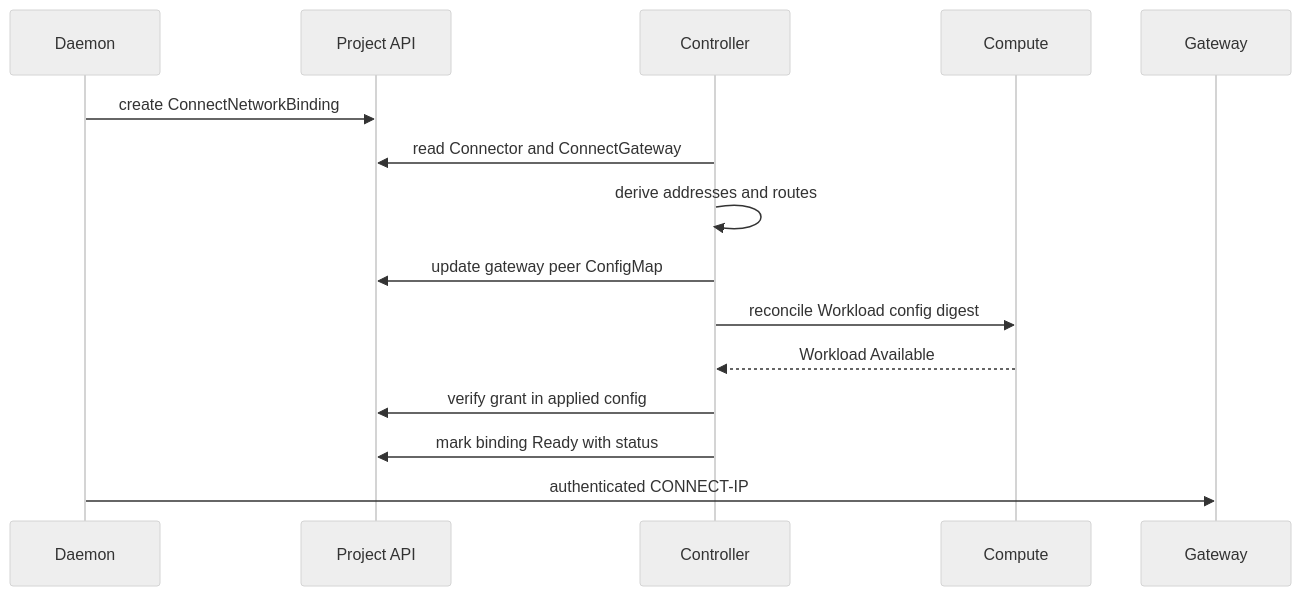
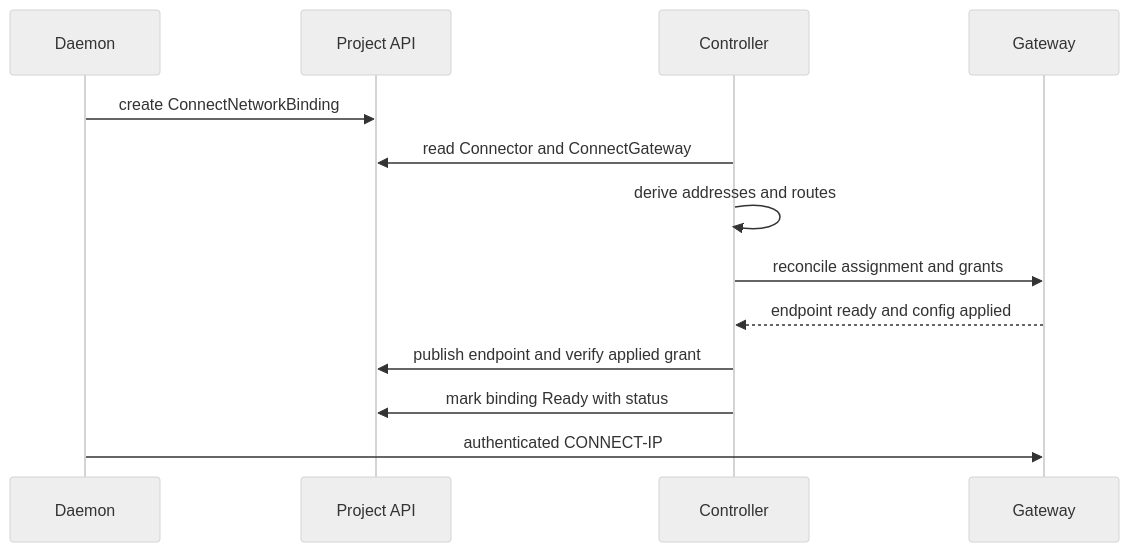
Before and after one commit to datum-cloud/connect: the second of 2 diagrams in docs/components/controller-architecture.md, drawn with Mermaid (neutral theme). The commit also changed other lines of this file and 14 other files, not shown here.

````diff
--- a/docs/components/controller-architecture.md
+++ b/docs/components/controller-architecture.md
@@ -88,18 +89,16 @@
 ```mermaid
 sequenceDiagram
     participant Daemon
     participant API as Project API
     participant Controller
-    participant Compute
     participant Gateway
 
     Daemon->>API: create ConnectNetworkBinding
     Controller->>API: read Connector and ConnectGateway
     Controller->>Controller: derive addresses and routes
-    Controller->>API: update gateway peer ConfigMap
-    Controller->>Compute: reconcile Workload config digest
-    Compute-->>Controller: Workload Available
-    Controller->>API: verify grant in applied config
+    Controller->>Gateway: reconcile assignment and grants
+    Gateway-->>Controller: endpoint ready and config applied
+    Controller->>API: publish endpoint and verify applied grant
     Controller->>API: mark binding Ready with status
     Daemon->>Gateway: authenticated CONNECT-IP
 ```
````
